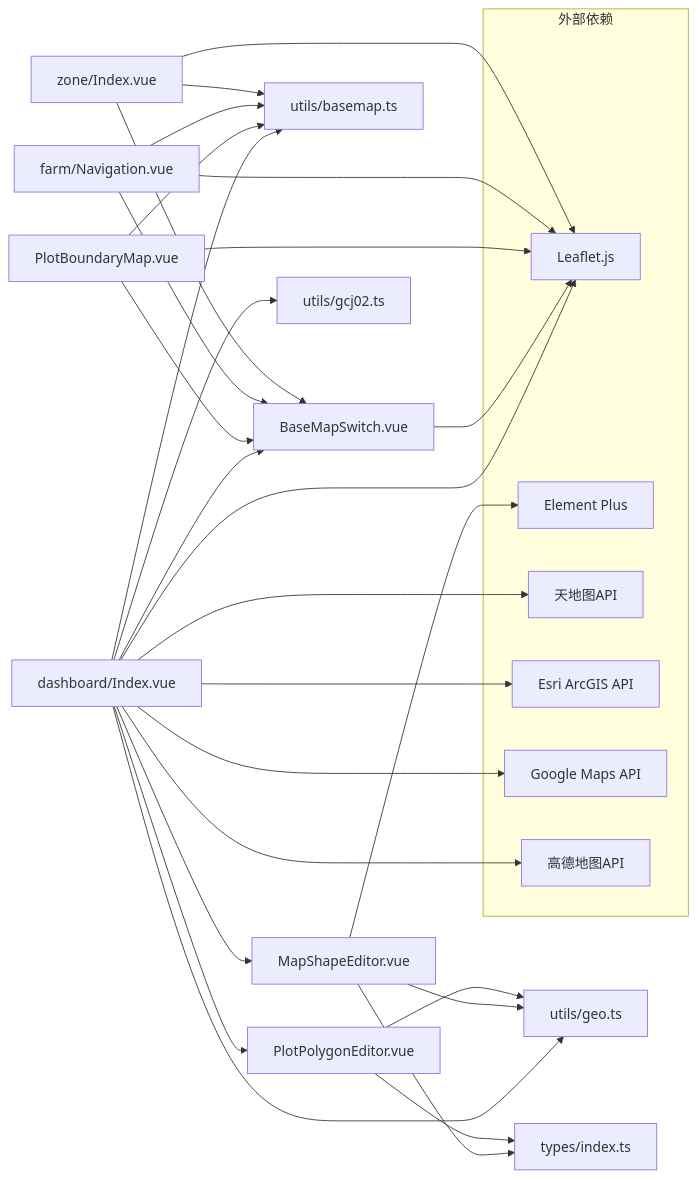
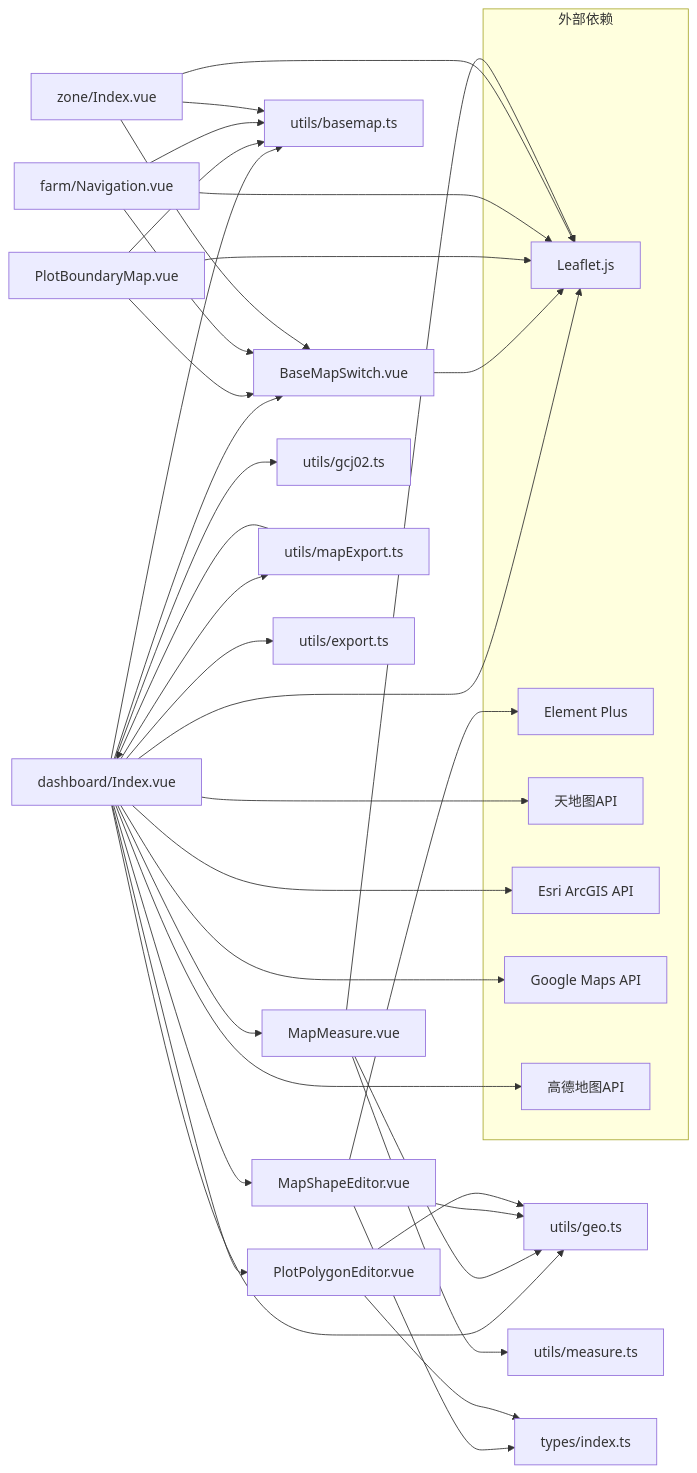
Diagram 11 of 11 in .qoder/repowiki/zh/content/前端应用文档/地图可视化.md (q446328246/agri-platform), drawn with Mermaid before and after one commit. The commit also changed other lines of this file and 48 other files, not shown here.

````diff
--- a/.qoder/repowiki/zh/content/前端应用文档/地图可视化.md
+++ b/.qoder/repowiki/zh/content/前端应用文档/地图可视化.md
@@ -607,37 +756,44 @@
 ```mermaid
 graph LR
 Dashboard["dashboard/Index.vue"] --> BaseMapSwitch["BaseMapSwitch.vue"]
 Dashboard --> BasemapUtils["utils/basemap.ts"]
+Dashboard --> MapMeasure["MapMeasure.vue"]
 Dashboard --> ShapeEditor["MapShapeEditor.vue"]
 Dashboard --> PolygonEditor["PlotPolygonEditor.vue"]
 Dashboard --> GeoUtils["utils/geo.ts"]
 Dashboard --> Gcj02Utils["utils/gcj02.ts"]
+Dashboard --> MapExportUtils["utils/mapExport.ts"]
+Dashboard --> ExportUtils["utils/export.ts"]
 PlotBoundaryMap["PlotBoundaryMap.vue"] --> BaseMapSwitch
 PlotBoundaryMap --> BasemapUtils
 Navigation["farm/Navigation.vue"] --> BaseMapSwitch
 Navigation --> BasemapUtils
 ZoneIndex["zone/Index.vue"] --> BaseMapSwitch
 ZoneIndex --> BasemapUtils
+MapMeasure --> GeoUtils
+MapMeasure --> MeasureUtils["utils/measure.ts"]
+MapExportUtils --> Dashboard
 ShapeEditor --> GeoUtils
 ShapeEditor --> Types["types/index.ts"]
 PolygonEditor --> GeoUtils
 PolygonEditor --> Types
 subgraph "外部依赖"
 Leaflet["Leaflet.js"]
 ElementPlus["Element Plus"]
 TianDiTu["天地图API"]
 Esri["Esri ArcGIS API"]
 Google["Google Maps API"]
 Amap["高德地图API"]
 end
 Dashboard --> Leaflet
 BaseMapSwitch --> Leaflet
 PlotBoundaryMap --> Leaflet
 Navigation --> Leaflet
 ZoneIndex --> Leaflet
+MapMeasure --> Leaflet
 Dashboard --> TianDiTu
 Dashboard --> Esri
 Dashboard --> Google
 Dashboard --> Amap
 ShapeEditor --> ElementPlus
 ```
````
